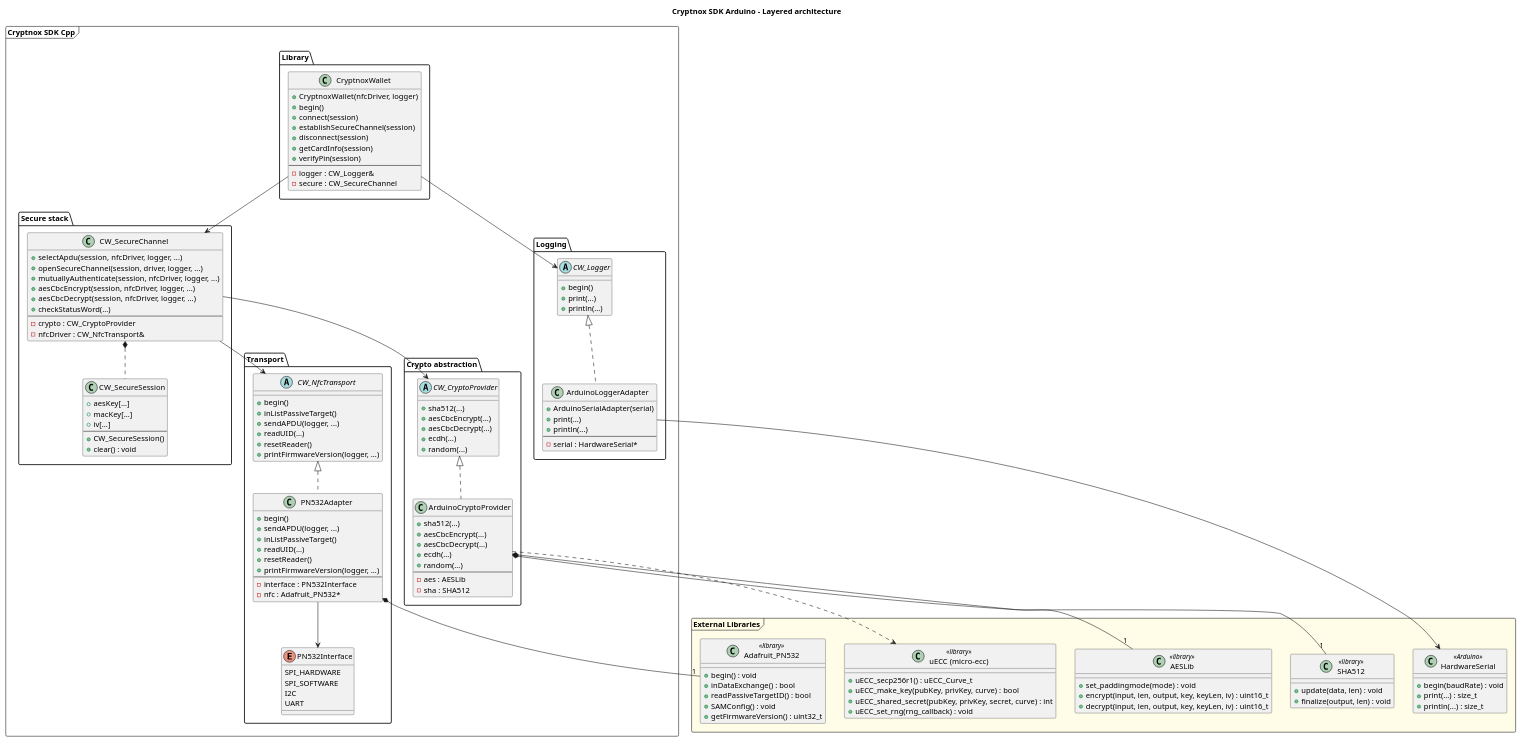
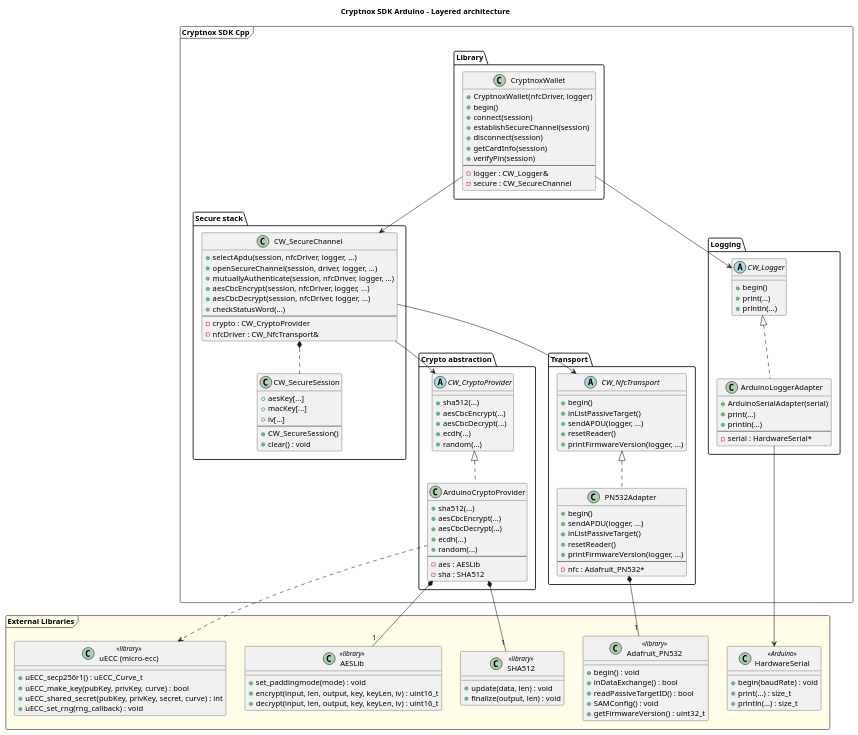
The diagram in docs/architecture/overview.puml (embarquech/sdk-arduino), drawn with PlantUML before and after one commit. The commit also changed 2 other files, not shown here.

Commit message:
Removed PN532Interface from diagram and the unused readUID function from codes and diagram

```diff
--- a/docs/architecture/overview.puml
+++ b/docs/architecture/overview.puml
@@ -1,169 +1,158 @@
 @startuml
 title Cryptnox SDK Arduino - Layered architecture
 
 package "Cryptnox SDK Cpp" <<Frame>> {
 package "Library" {
     class CryptnoxWallet {
         + CryptnoxWallet(nfcDriver, logger)
         + begin()
         + connect(session)
         + establishSecureChannel(session)
         + disconnect(session)
         + getCardInfo(session)
         + verifyPin(session)
         --
         - logger : CW_Logger&
         - secure : CW_SecureChannel
     }
 }
 
 package "Secure stack" {
     class CW_SecureChannel {
         + selectApdu(session, nfcDriver, logger, ...)
         + openSecureChannel(session, driver, logger, ...)
         + mutuallyAuthenticate(session, nfcDriver, logger, ...)
         + aesCbcEncrypt(session, nfcDriver, logger, ...)
         + aesCbcDecrypt(session, nfcDriver, logger, ...)
         + checkStatusWord(...)
         --
         - crypto : CW_CryptoProvider
         - nfcDriver : CW_NfcTransport&
     }
 
     class CW_SecureSession {
         + aesKey[...]
         + macKey[...]
         + iv[...]
         --
         + CW_SecureSession()
         + clear() : void
     }
 }
 
 package "Crypto abstraction" {
     abstract class CW_CryptoProvider {
         + sha512(...)
         + aesCbcEncrypt(...)
         + aesCbcDecrypt(...)
         + ecdh(...)
         + random(...)
     }
 
     class ArduinoCryptoProvider {
         + sha512(...)
         + aesCbcEncrypt(...)
         + aesCbcDecrypt(...)
         + ecdh(...)
         + random(...)
         --
         - aes : AESLib
         - sha : SHA512
     }
 }
 
 package "Transport" {
     abstract class CW_NfcTransport {
         + begin()
         + inListPassiveTarget()
         + sendAPDU(logger, ...)
-        + readUID(...)
         + resetReader()
         + printFirmwareVersion(logger, ...)
-    }
-
-    enum PN532Interface {
-        SPI_HARDWARE
-        SPI_SOFTWARE
-        I2C
-        UART
     }
 
     class PN532Adapter {
         + begin()
         + sendAPDU(logger, ...)
         + inListPassiveTarget()
-        + readUID(...)
         + resetReader()
         + printFirmwareVersion(logger, ...)
         --
-        - interface : PN532Interface
         - nfc : Adafruit_PN532*
     }
 }
 
 package "Logging" {
     abstract class CW_Logger {
         + begin()
         + print(...)
         + println(...)
     }
 
     class ArduinoLoggerAdapter {
         + ArduinoSerialAdapter(serial)
         + print(...)
         + println(...)
         --
         - serial : HardwareSerial*
     }
 }
 }
 
 package "External Libraries" <<Frame>> #FFFDE7 {
     
     class Adafruit_PN532 <<library>> {
         + begin() : void
         + inDataExchange() : bool
         + readPassiveTargetID() : bool
         + SAMConfig() : void
         + getFirmwareVersion() : uint32_t
     }
     
     class AESLib <<library>> {
         + set_paddingmode(mode) : void
         + encrypt(input, len, output, key, keyLen, iv) : uint16_t
         + decrypt(input, len, output, key, keyLen, iv) : uint16_t
     }
     
     class "uECC (micro-ecc)" as uECC <<library>> {
         + uECC_secp256r1() : uECC_Curve_t
         + uECC_make_key(pubKey, privKey, curve) : bool
         + uECC_shared_secret(pubKey, privKey, secret, curve) : int
         + uECC_set_rng(rng_callback) : void
     }
 
     class SHA512 <<library>> {
         + update(data, len) : void
         + finalize(output, len) : void
     }
 
     class HardwareSerial <<Arduino>> {
         + begin(baudRate) : void
         + print(...) : size_t
         + println(...) : size_t
     }
 }
 
 ' ==============================
 ' Relations principales
 ' ==============================
 
 CryptnoxWallet --> CW_SecureChannel
 CryptnoxWallet --> CW_Logger
 CW_SecureChannel *.. CW_SecureSession
 CW_SecureChannel --> CW_CryptoProvider
 CW_SecureChannel --> CW_NfcTransport
 
 CW_CryptoProvider <|.. ArduinoCryptoProvider
 CW_NfcTransport <|.. PN532Adapter
-PN532Adapter --> PN532Interface
 CW_Logger <|.. ArduinoLoggerAdapter
 
 
 ArduinoLoggerAdapter --> HardwareSerial
 
 ArduinoCryptoProvider *-- "1" AESLib
 ArduinoCryptoProvider ..> uECC
 ArduinoCryptoProvider *-- "1" SHA512
 PN532Adapter *-- "1" Adafruit_PN532
 
 @enduml
```
